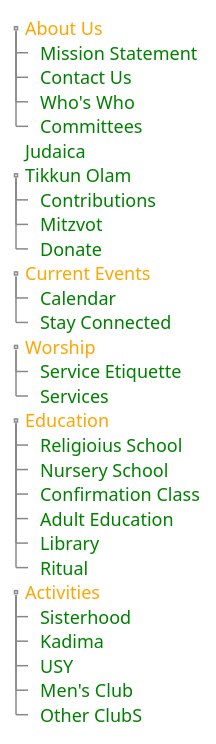
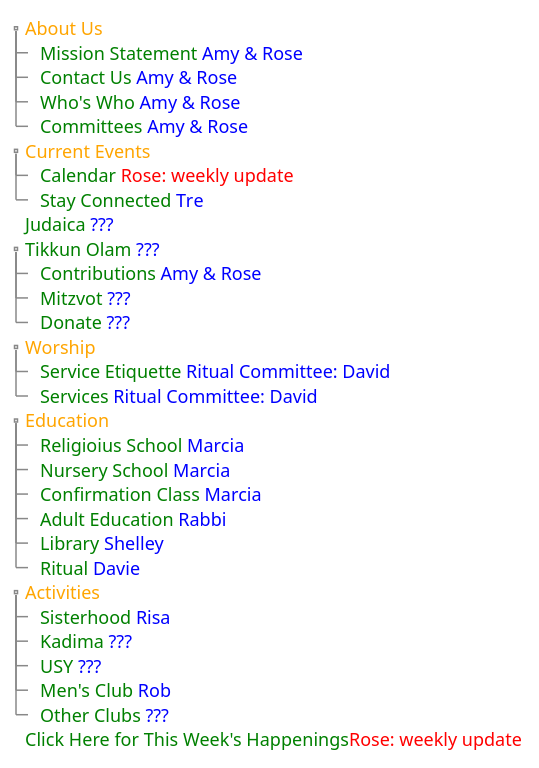
The first of 2 diagrams in rewrite.md (trauber/ts-website-dev), drawn with PlantUML before and after one commit. The commit also changed other lines of this file, not shown here.

Commit message:
Updated rewrite.md (markdown)

````diff
--- a/rewrite.md
+++ b/rewrite.md
@@ -21,38 +21,40 @@
 ```plantuml
+
 @startsalt
     {
       {T
          +<color:orange>About Us
-         ++<color:green>Mission Statement
-         ++<color:green>Contact Us
-         ++<color:green>Who's Who
-         ++<color:green>Committees
-         +<color:green>Judaica
-         +<color:green>Tikkun Olam
-         ++<color:green>Contributions
-         ++<color:green>Mitzvot
-         ++<color:green>Donate
+         ++<color:green>Mission Statement <color:blue>Amy & Rose
+         ++<color:green>Contact Us <color:blue>Amy & Rose
+         ++<color:green>Who's Who <color:blue>Amy & Rose
+         ++<color:green>Committees <color:blue>Amy & Rose
          +<color:orange>Current Events
-         ++<color:green>Calendar
-         ++<color:green>Stay Connected
+         ++<color:green>Calendar <color:#ff0000>Rose: weekly update
+         ++<color:green>Stay Connected <color:blue>Tre
+         +<color:green>Judaica <color:blue>???
+         +<color:green>Tikkun Olam <color:blue>???
+         ++<color:green>Contributions <color:blue>Amy & Rose
+         ++<color:green>Mitzvot <color:blue>???
+         ++<color:green>Donate <color:blue>???
          +<color:orange>Worship
-         ++<color:green>Service Etiquette
-         ++<color:green>Services
+         ++<color:green>Service Etiquette <color:blue>Ritual Committee: David
+         ++<color:green>Services <color:blue>Ritual Committee: David
          +<color:orange>Education
-         ++<color:green>Religioius School
-         ++<color:green>Nursery School
-         ++<color:green>Confirmation Class
-         ++<color:green>Adult Education
-         ++<color:green>Library
-         ++<color:green>Ritual
+         ++<color:green>Religioius School <color:blue>Marcia
+         ++<color:green>Nursery School <color:blue>Marcia
+         ++<color:green>Confirmation Class <color:blue>Marcia
+         ++<color:green>Adult Education <color:blue>Rabbi
+         ++<color:green>Library <color:blue>Shelley
+         ++<color:green>Ritual <color:blue>Davie
          +<color:orange>Activities
-         ++<color:green>Sisterhood
-         ++<color:green>Kadima
-         ++<color:green>USY
-         ++<color:green>Men's Club
-         ++<color:green>Other ClubS
+         ++<color:green>Sisterhood <color:blue>Risa
+         ++<color:green>Kadima <color:blue>???
+         ++<color:green>USY <color:blue>???
+         ++<color:green>Men's Club <color:blue>Rob
+         ++<color:green>Other Clubs <color:blue>???
+         +<color:green>Click Here for This Week's Happenings<color:#ff0000>Rose: weekly update
       }
     }
 @endsalt
 
 ```
````
